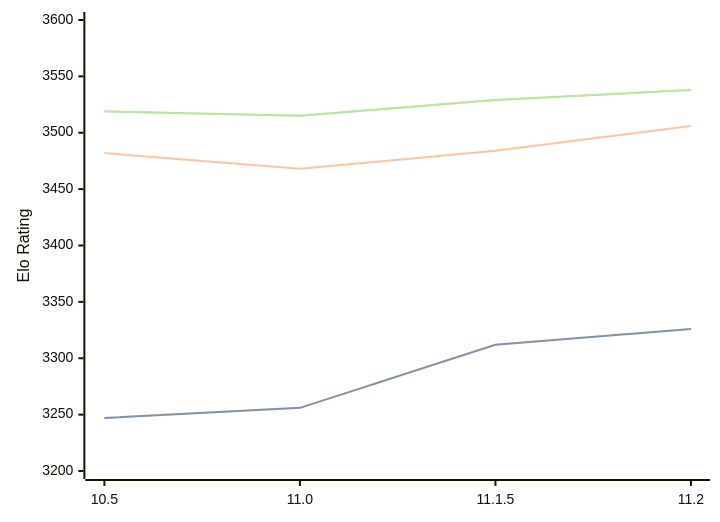
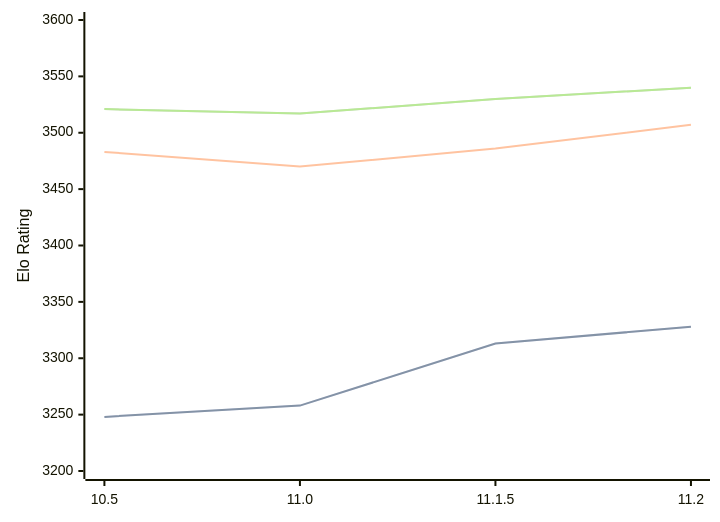
The diagram in engines/Lizard.md (computer-chess-index/cci), drawn with Mermaid before and after one commit. The commit also changed other lines of this file, not shown here.

Commit message:
Update CCI Ratings (ELO VLTC) - 2026-03-29

````diff
--- a/engines/Lizard.md
+++ b/engines/Lizard.md
@@ -46,11 +46,11 @@
 ```mermaid
 %%{init: {"theme":"base","themeVariables":{"seriesColors:['#a3a3a3','#222221','#faa371']}}}%%
 xychart-beta
   x-axis ["10.5", "11.0", "11.1.5", "11.2"]
   y-axis "Elo Rating" 3200 --> 3600
-  line "STC (8.0+0.08s)" [3247, 3256, 3312, 3326]
-  line "STC (8.0+0.08s)" [3247, 3256, 3312, 3326]
-  line "LTC (60.0+0.60s)" [3482, 3468, 3484, 3506]
-  line "VLTC (2m24s+1.12s)" [3519, 3515, 3529, 3538]
-  line "VLTC (2m24s+1.12s)" [3519, 3515, 3529, 3538]
+  line "STC (8.0+0.08s)" [3248, 3258, 3313, 3328]
+  line "STC (8.0+0.08s)" [3248, 3258, 3313, 3328]
+  line "LTC (60.0+0.60s)" [3483, 3470, 3486, 3507]
+  line "VLTC (2m24s+1.12s)" [3521, 3517, 3530, 3540]
+  line "VLTC (2m24s+1.12s)" [3521, 3517, 3530, 3540]
 ```
````
